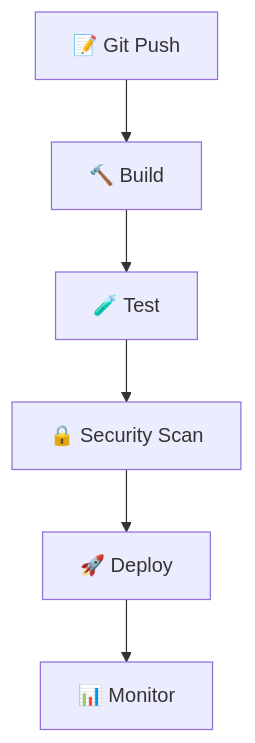
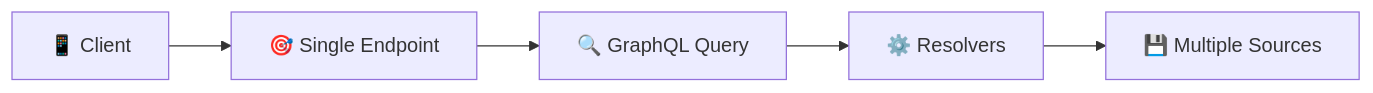
Before and after one commit to olroi421/course-web: the seventh of 20 diagrams in docs/presentations/presentation-01.md, drawn with Mermaid. The commit also changed other lines of this file and 2 other files, not shown here.

````diff
--- a/docs/presentations/presentation-01.md
+++ b/docs/presentations/presentation-01.md
@@ -136,8 +245,7 @@
 ```mermaid
-graph TD
-    A[📝 Git Push] --> B[🔨 Build]
-    B --> C[🧪 Test]
-    C --> D[🔒 Security Scan]
-    D --> E[🚀 Deploy]
-    E --> F[📊 Monitor]
+graph LR
+    A[📱 Client] --> B[🎯 Single Endpoint]
+    B --> C[🔍 GraphQL Query]
+    C --> D[⚙️ Resolvers]
+    D --> E[💾 Multiple Sources]
 ```
````
